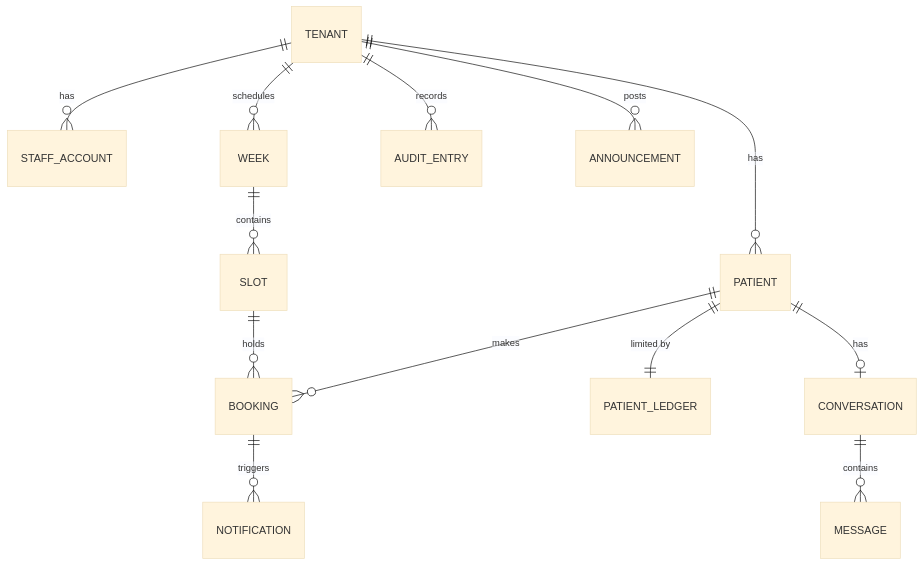
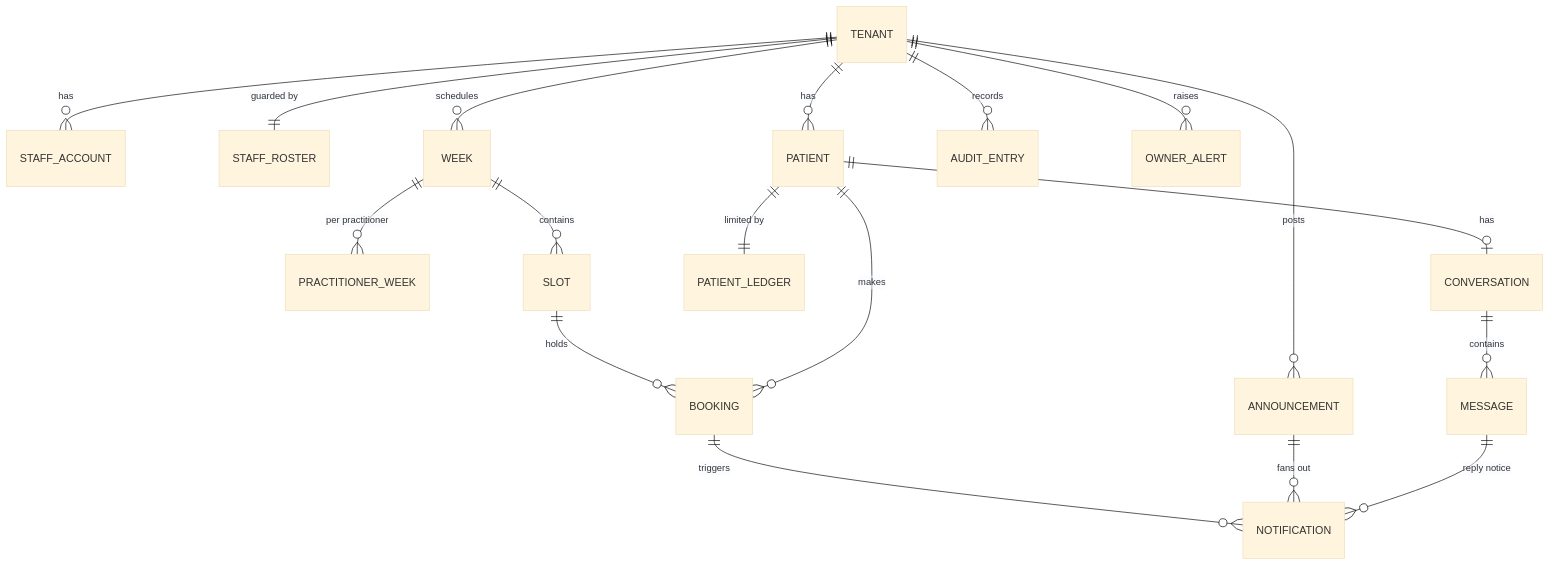
Before and after one commit to ashik71/bookingSystem: the third of 4 diagrams in _bmad-output/initiative-booking-management/architecture-slotbook/architecture-slotbook.md, drawn with Mermaid (base theme). The commit also changed other lines of this file and 8 other files, not shown here.

First line of the commit message:
docs: restructure architecture spine after the rubric review

````diff
--- a/_bmad-output/initiative-booking-management/architecture-slotbook/architecture-slotbook.md
+++ b/_bmad-output/initiative-booking-management/architecture-slotbook/architecture-slotbook.md
@@ -790,15 +911,20 @@
 ```mermaid
 erDiagram
     TENANT ||--o{ STAFF_ACCOUNT : has
+    TENANT ||--|| STAFF_ROSTER : "guarded by"
     TENANT ||--o{ PATIENT : has
     TENANT ||--o{ WEEK : schedules
+    WEEK ||--o{ PRACTITIONER_WEEK : "per practitioner"
     WEEK ||--o{ SLOT : contains
     SLOT ||--o{ BOOKING : holds
     PATIENT ||--o{ BOOKING : makes
     PATIENT ||--|| PATIENT_LEDGER : "limited by"
     BOOKING ||--o{ NOTIFICATION : triggers
+    ANNOUNCEMENT ||--o{ NOTIFICATION : "fans out"
+    MESSAGE ||--o{ NOTIFICATION : "reply notice"
     PATIENT ||--o| CONVERSATION : has
     CONVERSATION ||--o{ MESSAGE : contains
     TENANT ||--o{ AUDIT_ENTRY : records
+    TENANT ||--o{ OWNER_ALERT : raises
     TENANT ||--o{ ANNOUNCEMENT : posts
 ```
````
